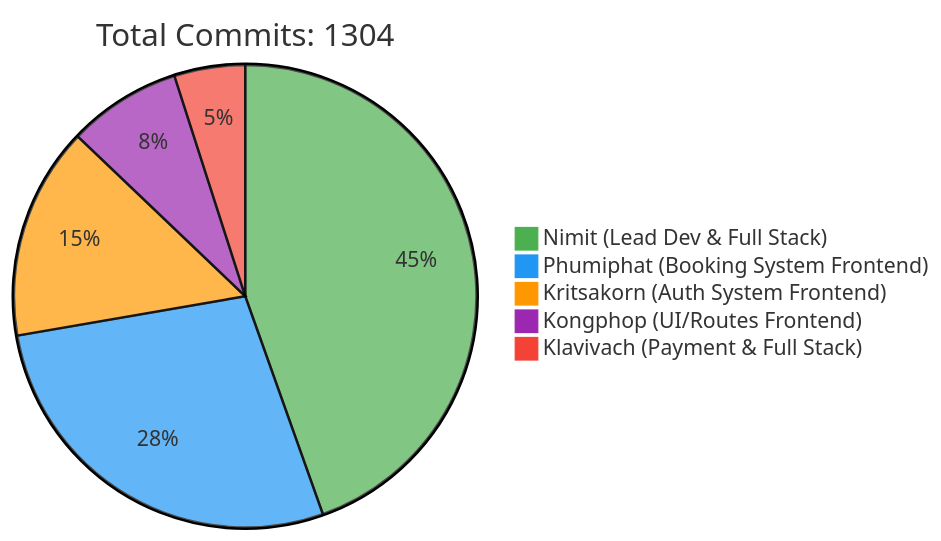
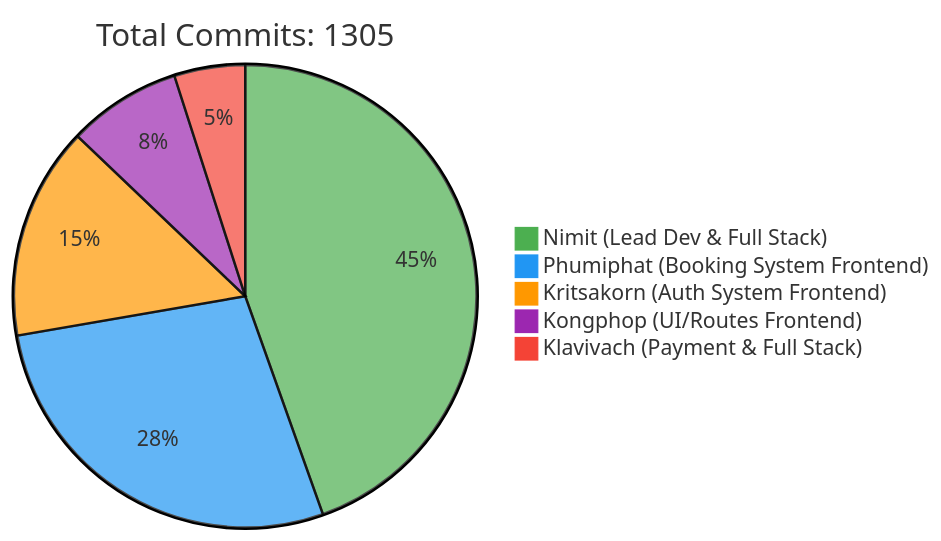
The first of 2 diagrams in README.md (6531503042/Sport-Complex), drawn with Mermaid before and after one commit. The commit also changed other lines of this file, not shown here.

Commit message:
docs: Update contributor statistics [skip ci]

````diff
--- a/README.md
+++ b/README.md
@@ -257,10 +257,10 @@
 ```mermaid
 %%{init: {'theme': 'base', 'themeVariables': { 'pie1': '#4CAF50', 'pie2': '#2196F3', 'pie3': '#FF9800', 'pie4': '#9C27B0', 'pie5': '#F44336'}}}%%
 pie
-    title Total Commits: 1304
+    title Total Commits: 1305
     "Nimit (Lead Dev & Full Stack)" : 450
     "Phumiphat (Booking System Frontend)" : 280
     "Kritsakorn (Auth System Frontend)" : 150
     "Kongphop (UI/Routes Frontend)" : 80
     "Klavivach (Payment & Full Stack)" : 50
 ```
````
